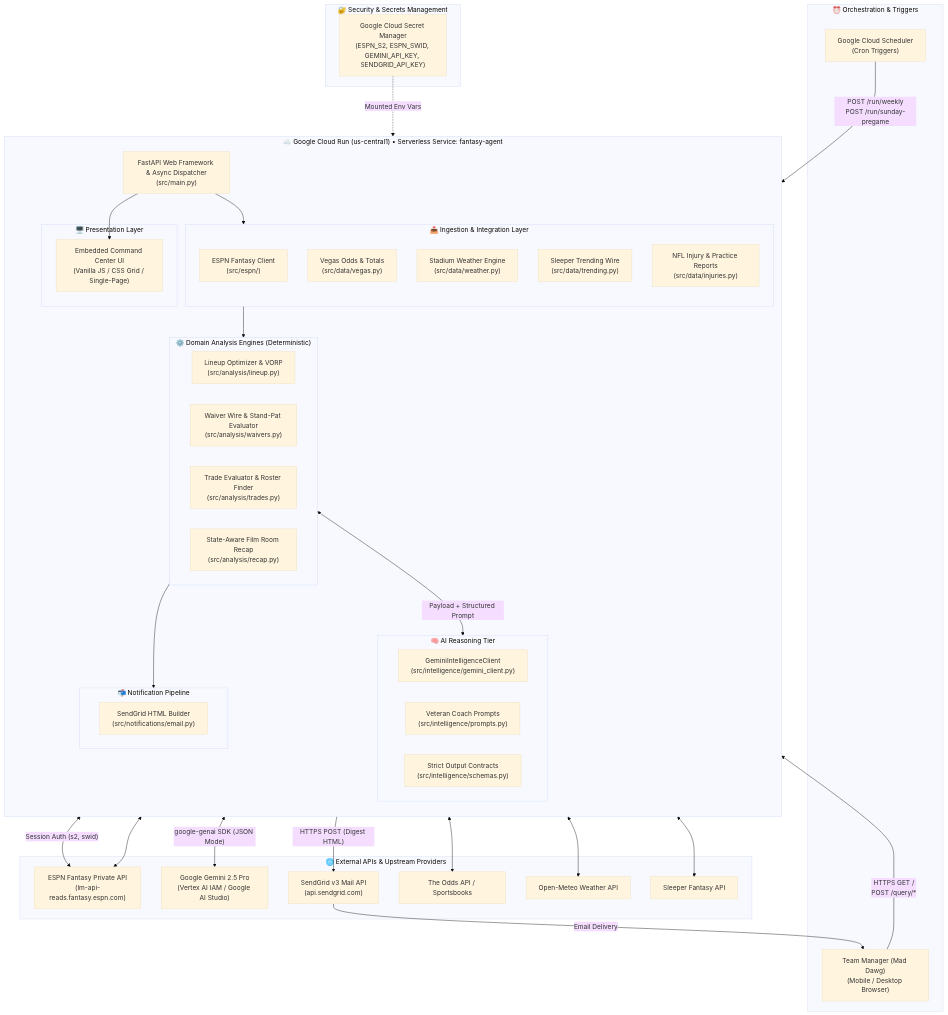
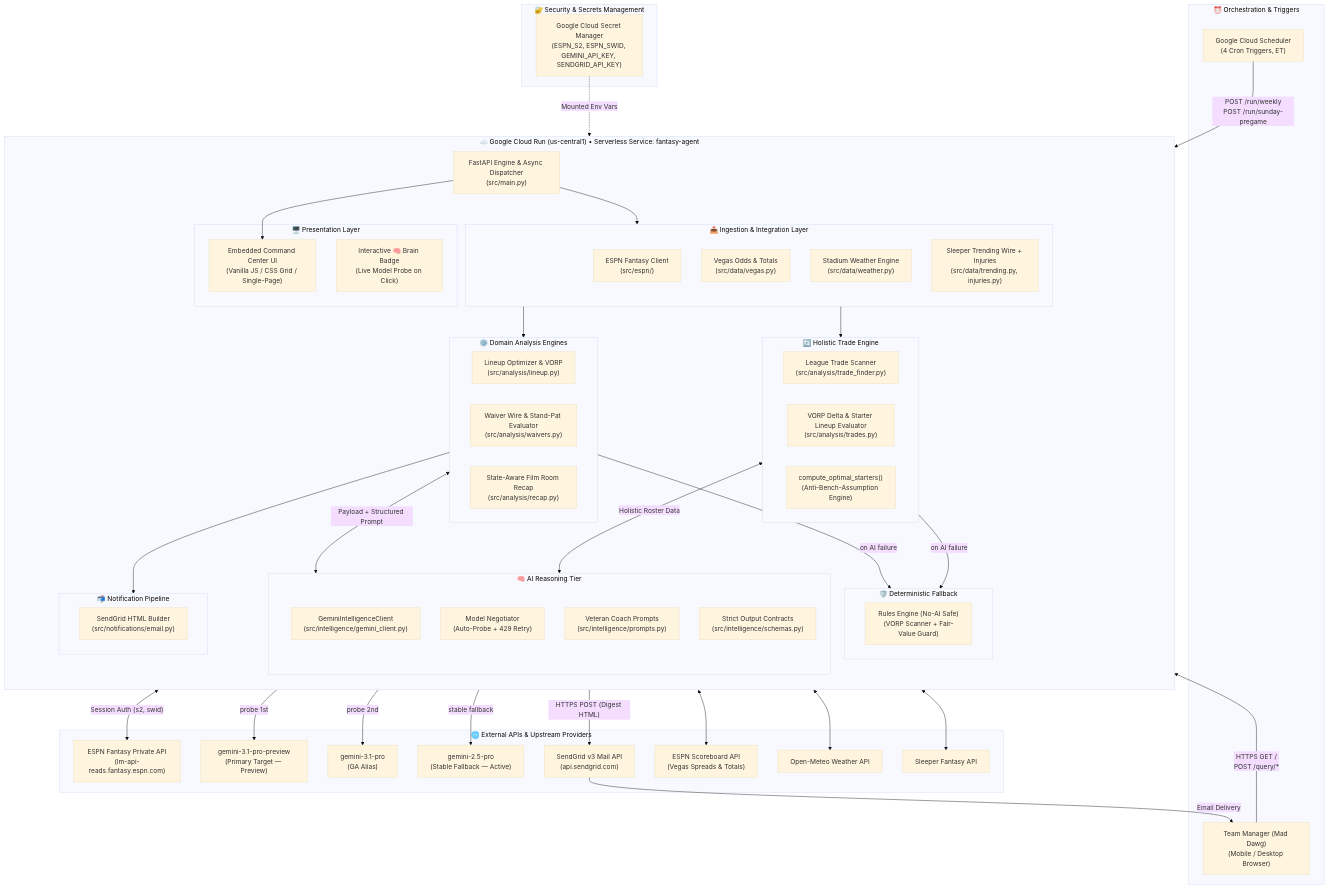
The first of 5 diagrams in ARCHITECTURE.md (damiththa/nfl-fantasy-football-agent), drawn with Mermaid (base theme) before and after one commit. The commit also changed other lines of this file and 4 other files, not shown here.

First line of the commit message:
docs: update architecture diagrams v3.0 — add API data flow, model negotiation ladder, holistic trade engine

````diff
--- a/ARCHITECTURE.md
+++ b/ARCHITECTURE.md
@@ -37,37 +39,47 @@
 ```mermaid
 flowchart TB
     subgraph Trigger_Layer ["⏰ Orchestration & Triggers"]
-        CS["Google Cloud Scheduler<br/>(Cron Triggers)"]
+        CS["Google Cloud Scheduler<br/>(4 Cron Triggers, ET)"]
         User["Team Manager (Mad Dawg)<br/>(Mobile / Desktop Browser)"]
     end
 
     subgraph GCP_Cloud_Run ["☁️ Google Cloud Run (us-central1) • Serverless Service: fantasy-agent"]
         direction TB
-        FastAPI["FastAPI Web Framework & Async Dispatcher<br/>(src/main.py)"]
+        FastAPI["FastAPI Engine & Async Dispatcher<br/>(src/main.py)"]
         
         subgraph Web_UI ["🖥️ Presentation Layer"]
             Dashboard["Embedded Command Center UI<br/>(Vanilla JS / CSS Grid / Single-Page)"]
+            BrainBadge["Interactive 🧠 Brain Badge<br/>(Live Model Probe on Click)"]
         end
 
         subgraph Ingestion_Adapters ["📥 Ingestion & Integration Layer"]
             ESPNClient["ESPN Fantasy Client<br/>(src/espn/)"]
             VegasAdapter["Vegas Odds & Totals<br/>(src/data/vegas.py)"]
             WeatherAdapter["Stadium Weather Engine<br/>(src/data/weather.py)"]
-            SleeperAdapter["Sleeper Trending Wire<br/>(src/data/trending.py)"]
-            InjuryAdapter["NFL Injury & Practice Reports<br/>(src/data/injuries.py)"]
+            SleeperAdapter["Sleeper Trending Wire + Injuries<br/>(src/data/trending.py, injuries.py)"]
         end
 
-        subgraph Core_Engines ["⚙️ Domain Analysis Engines (Deterministic)"]
+        subgraph Core_Engines ["⚙️ Domain Analysis Engines"]
             LineupOpt["Lineup Optimizer & VORP<br/>(src/analysis/lineup.py)"]
             WaiverEval["Waiver Wire & Stand-Pat Evaluator<br/>(src/analysis/waivers.py)"]
-            TradeEval["Trade Evaluator & Roster Finder<br/>(src/analysis/trades.py)"]
             RecapEngine["State-Aware Film Room Recap<br/>(src/analysis/recap.py)"]
+        end
+
+        subgraph Trade_Layer ["🔄 Holistic Trade Engine"]
+            TradeFinder["League Trade Scanner<br/>(src/analysis/trade_finder.py)"]
+            TradeEval["VORP Delta & Starter Lineup Evaluator<br/>(src/analysis/trades.py)"]
+            OptimalStarters["compute_optimal_starters()<br/>(Anti-Bench-Assumption Engine)"]
         end
 
         subgraph AI_Intelligence ["🧠 AI Reasoning Tier"]
             GeminiClient["GeminiIntelligenceClient<br/>(src/intelligence/gemini_client.py)"]
+            ModelNegotiator["Model Negotiator<br/>(Auto-Probe + 429 Retry)"]
             PromptStore["Veteran Coach Prompts<br/>(src/intelligence/prompts.py)"]
             PydanticSchemas["Strict Output Contracts<br/>(src/intelligence/schemas.py)"]
+        end
+
+        subgraph Deterministic_Fallback ["🛡️ Deterministic Fallback"]
+            RulesEngine["Rules Engine (No-AI Safe)<br/>(VORP Scanner + Fair-Value Guard)"]
         end
 
         subgraph Notification_Tier ["📬 Notification Pipeline"]
@@ -77,9 +89,11 @@
 
     subgraph External_Services ["🌐 External APIs & Upstream Providers"]
         ESPN_API["ESPN Fantasy Private API<br/>(lm-api-reads.fantasy.espn.com)"]
-        Gemini_API["Google Gemini 2.5 Pro<br/>(Vertex AI IAM / Google AI Studio)"]
+        Gemini_31_Preview["gemini-3.1-pro-preview<br/>(Primary Target — Preview)"]
+        Gemini_31_Pro["gemini-3.1-pro<br/>(GA Alias)"]
+        Gemini_25_Pro["gemini-2.5-pro<br/>(Stable Fallback — Active)"]
         SendGrid_API["SendGrid v3 Mail API<br/>(api.sendgrid.com)"]
-        Odds_API["The Odds API / Sportsbooks"]
+        Odds_API["ESPN Scoreboard API<br/>(Vegas Spreads & Totals)"]
         Weather_API["Open-Meteo Weather API"]
         Sleeper_API["Sleeper Fantasy API"]
     end
@@ -98,12 +112,21 @@
     VegasAdapter <--> Odds_API
     WeatherAdapter <--> Weather_API
     SleeperAdapter <--> Sleeper_API
-    InjuryAdapter <--> ESPN_API
 
     %% Core Engine & AI Flow
     Ingestion_Adapters --> Core_Engines
+    Ingestion_Adapters --> Trade_Layer
     Core_Engines <-->|"Payload + Structured Prompt"| AI_Intelligence
-    AI_Intelligence <-->|"google-genai SDK (JSON Mode)"| Gemini_API
+    Trade_Layer <-->|"Holistic Roster Data"| AI_Intelligence
+
+    %% Model Negotiation Ladder
+    ModelNegotiator -->|"probe 1st"| Gemini_31_Preview
+    ModelNegotiator -->|"probe 2nd"| Gemini_31_Pro
+    ModelNegotiator -->|"stable fallback"| Gemini_25_Pro
+
+    %% Fallback Path
+    Core_Engines -->|"on AI failure"| Deterministic_Fallback
+    Trade_Layer -->|"on AI failure"| Deterministic_Fallback
 
     %% Notification Flow
     Core_Engines --> Notification_Tier
````
